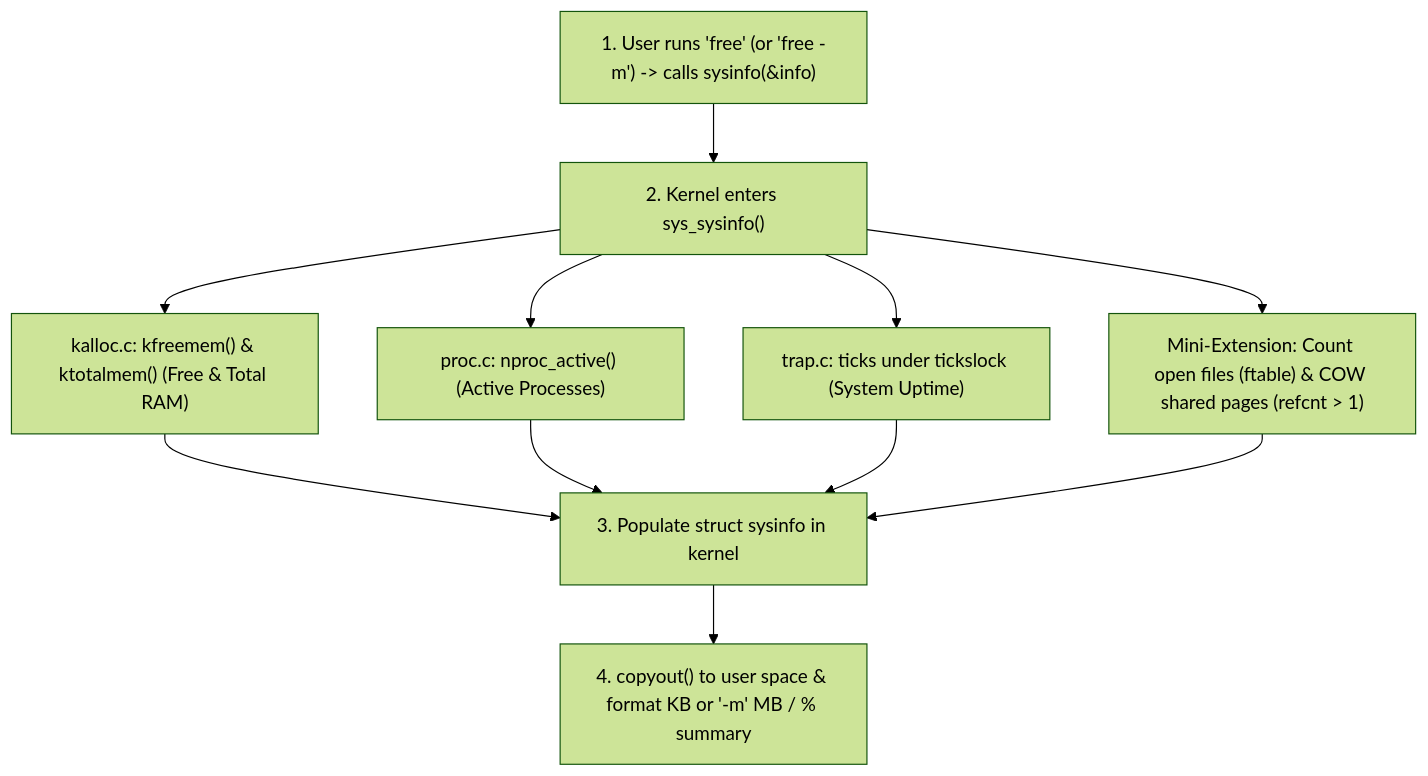
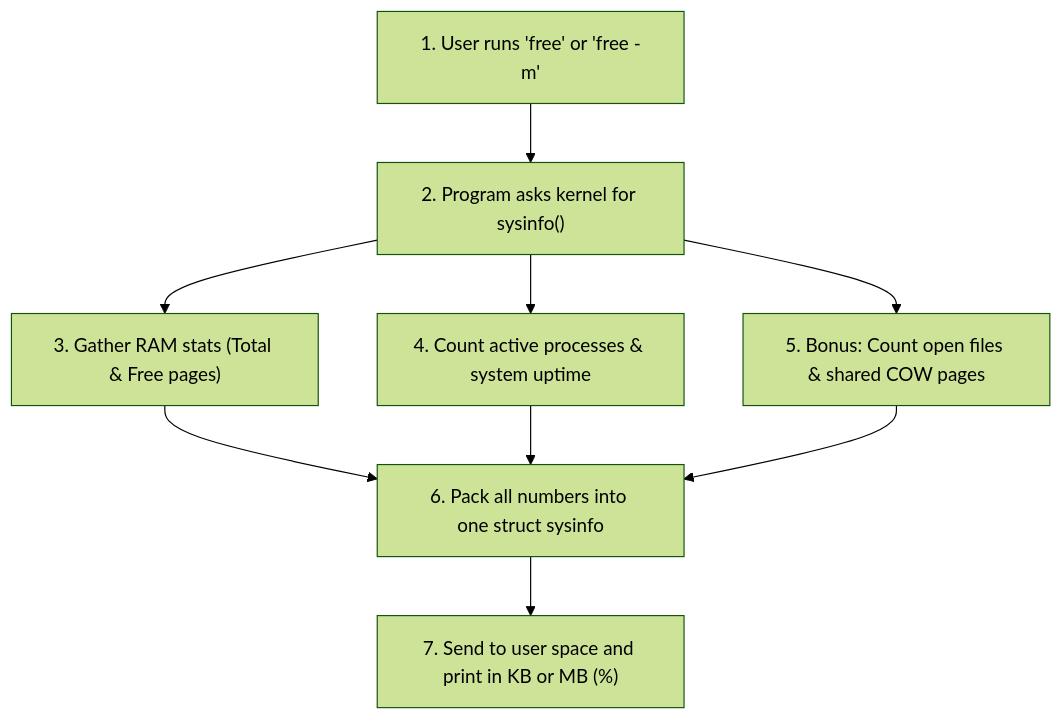
Before and after one commit to asbahkhan67-ctrl/xv6-riscv: the eighth of 21 diagrams in README.md, drawn with Mermaid (forest theme). The commit also changed other lines of this file and 69 other files, not shown here.

````diff
--- a/README.md
+++ b/README.md
@@ -492,16 +533,11 @@
 ```mermaid
 flowchart TD
-    U["1. User runs 'free' (or 'free -m') -> calls sysinfo(&info)"] --> S["2. Kernel enters sys_sysinfo()"]
-
-    S --> M["kalloc.c: kfreemem() & ktotalmem() (Free & Total RAM)"]
-    S --> P["proc.c: nproc_active() (Active Processes)"]
-    S --> T["trap.c: ticks under tickslock (System Uptime)"]
-    S --> EXT["Mini-Extension: Count open files (ftable) & COW shared pages (refcnt > 1)"]
-
-    M --> Pack["3. Populate struct sysinfo in kernel"]
-    P --> Pack
-    T --> Pack
-    EXT --> Pack
-
-    Pack --> Out["4. copyout() to user space & format KB or '-m' MB / % summary"]
+    A["1. User runs 'free' or 'free -m'"] --> B["2. Program asks kernel for sysinfo()"]
+    B --> C["3. Gather RAM stats (Total & Free pages)"]
+    B --> D["4. Count active processes & system uptime"]
+    B --> E["5. Bonus: Count open files & shared COW pages"]
+    C --> F["6. Pack all numbers into one struct sysinfo"]
+    D --> F
+    E --> F
+    F --> G["7. Send to user space and print in KB or MB (%)"]
 ```
````
